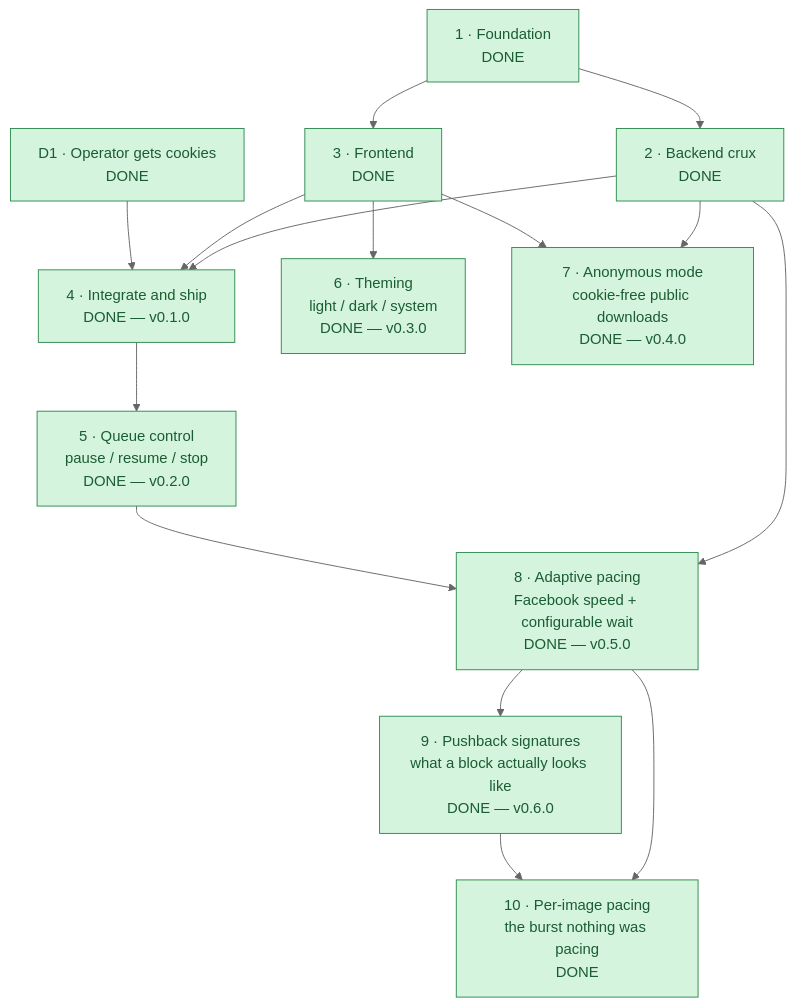
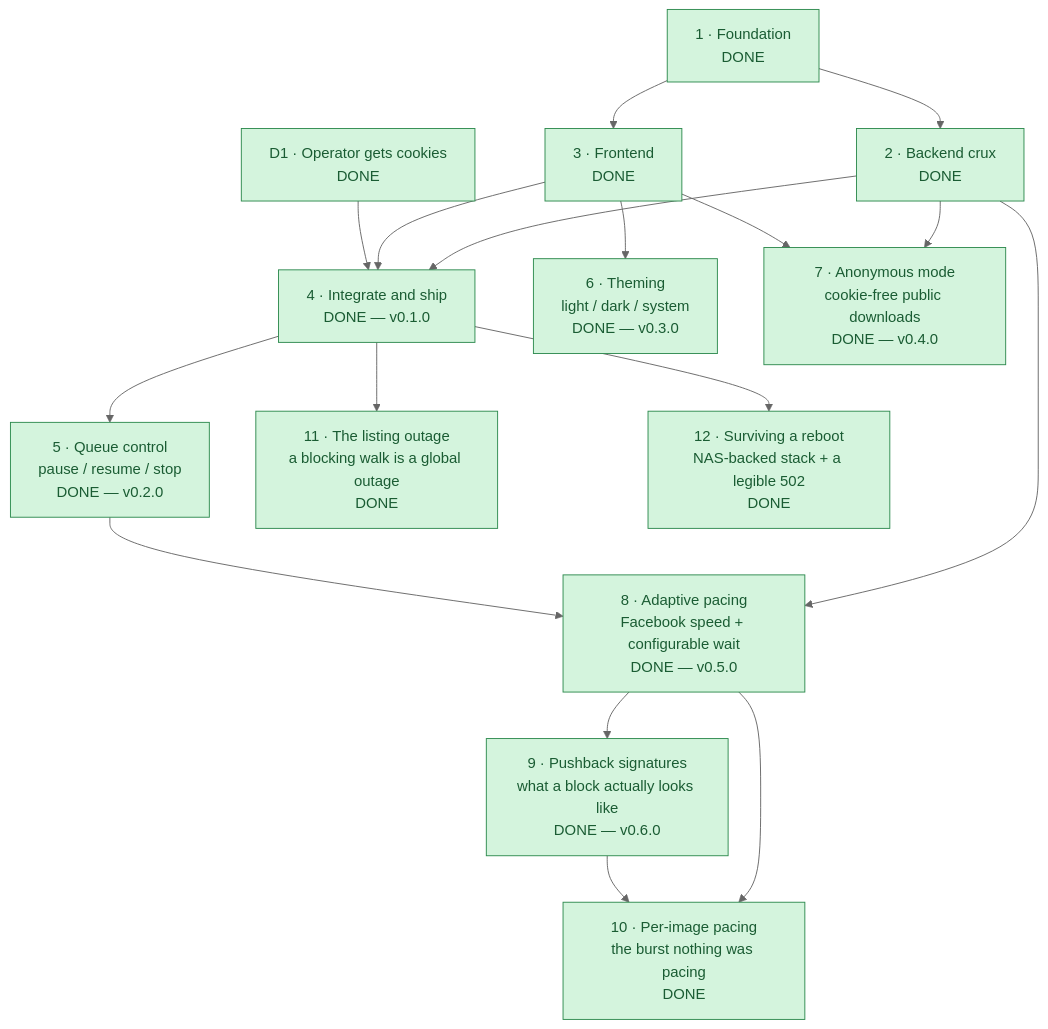
The diagram in ROADMAP.md (lumduan/gallery-dl-web), drawn with Mermaid (neutral theme) before and after one commit. The commit also changed other lines of this file and 4 other files, not shown here.

````diff
--- a/ROADMAP.md
+++ b/ROADMAP.md
@@ -8,33 +8,37 @@
 ```mermaid
 flowchart TD
     P1["1 · Foundation<br/>DONE"] --> P2["2 · Backend crux<br/>DONE"]
     P1 --> P3["3 · Frontend<br/>DONE"]
     P2 --> P4["4 · Integrate and ship<br/>DONE — v0.1.0"]
     P3 --> P4
     D1["D1 · Operator gets cookies<br/>DONE"] --> P4
     P4 --> P5["5 · Queue control<br/>pause / resume / stop<br/>DONE — v0.2.0"]
     P3 --> P6["6 · Theming<br/>light / dark / system<br/>DONE — v0.3.0"]
     P2 --> P7["7 · Anonymous mode<br/>cookie-free public downloads<br/>DONE — v0.4.0"]
     P3 --> P7
     P2 --> P8["8 · Adaptive pacing<br/>Facebook speed + configurable wait<br/>DONE — v0.5.0"]
     P5 --> P8
     P8 --> P9["9 · Pushback signatures<br/>what a block actually looks like<br/>DONE — v0.6.0"]
     P8 --> P10["10 · Per-image pacing<br/>the burst nothing was pacing<br/>DONE"]
     P9 --> P10
+    P4 --> P11["11 · The listing outage<br/>a blocking walk is a global outage<br/>DONE"]
+    P4 --> P12["12 · Surviving a reboot<br/>NAS-backed stack + a legible 502<br/>DONE"]
 
     classDef done     fill:#d4f4dd,stroke:#2d8a4e,color:#1a5c33
     classDef active   fill:#fff3cd,stroke:#cc9a06,color:#7a5c04
     classDef decision fill:#fde0e0,stroke:#d05555,color:#8f2e2e
 
     class P9 done
     class P10 done
+    class P11 done
+    class P12 done
     class P1 done
     class P2 done
     class P3 done
     class P4 done
     class P5 done
     class P6 done
     class D1 done
     class P7 done
     class P8 done
 ```
````
